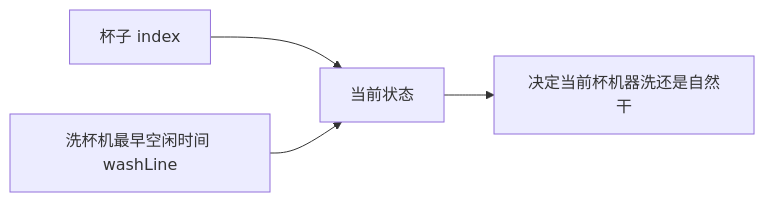
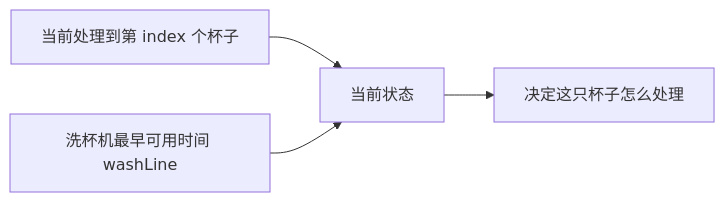
One commit to freeedoooooo/algs changed the first of 3 diagrams in my-notes/01-基础巩固/13-暴力递归到动态规划2-尝试模型/15-尝试模型4-寻找业务限制-咖啡杯清洗问题.md. Above: the diagram before and after it, drawn with Mermaid. The commit also changed other lines of this file and 1 other file, not shown here.

````diff
--- a/my-notes/01-基础巩固/13-暴力递归到动态规划2-尝试模型/15-尝试模型4-寻找业务限制-咖啡杯清洗问题.md
+++ b/my-notes/01-基础巩固/13-暴力递归到动态规划2-尝试模型/15-尝试模型4-寻找业务限制-咖啡杯清洗问题.md
@@ -89,6 +77,6 @@
 ```mermaid
 graph LR
-    A["杯子 index"] --> C["当前状态"]
-    B["洗杯机最早空闲时间 washLine"] --> C
-    C --> D["决定当前杯机器洗还是自然干"]
+    A["当前处理到第 index 个杯子"] --> C["当前状态"]
+    B["洗杯机最早可用时间 washLine"] --> C
+    C --> D["决定这只杯子怎么处理"]
 ```
````
